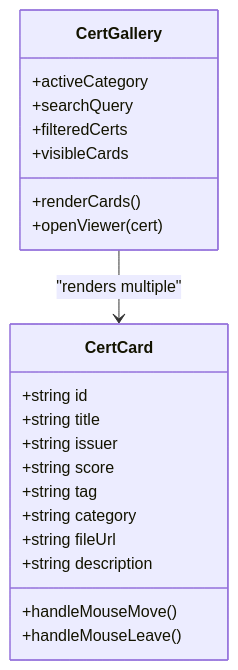
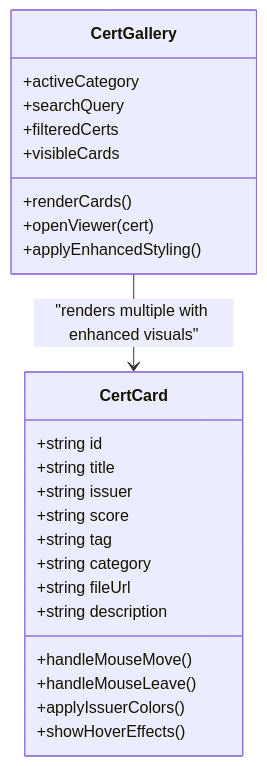
One commit to Gokulnath33/portfolio changed the fourth of 6 diagrams in .qoder/repowiki/en/content/Core Features/Certificates Management.md. Above: the diagram before and after it, drawn with Mermaid. The commit also changed other lines of this file and 34 other files, not shown here.

````diff
--- a/.qoder/repowiki/en/content/Core Features/Certificates Management.md
+++ b/.qoder/repowiki/en/content/Core Features/Certificates Management.md
@@ -164,24 +221,27 @@
 ```mermaid
 classDiagram
 class CertCard {
 +string id
 +string title
 +string issuer
 +string score
 +string tag
 +string category
 +string fileUrl
 +string description
 +handleMouseMove()
 +handleMouseLeave()
++applyIssuerColors()
++showHoverEffects()
 }
 class CertGallery {
 +activeCategory
 +searchQuery
 +filteredCerts
 +visibleCards
 +renderCards()
 +openViewer(cert)
++applyEnhancedStyling()
 }
-CertGallery --> CertCard : "renders multiple"
+CertGallery --> CertCard : "renders multiple with enhanced visuals"
 ```
````
